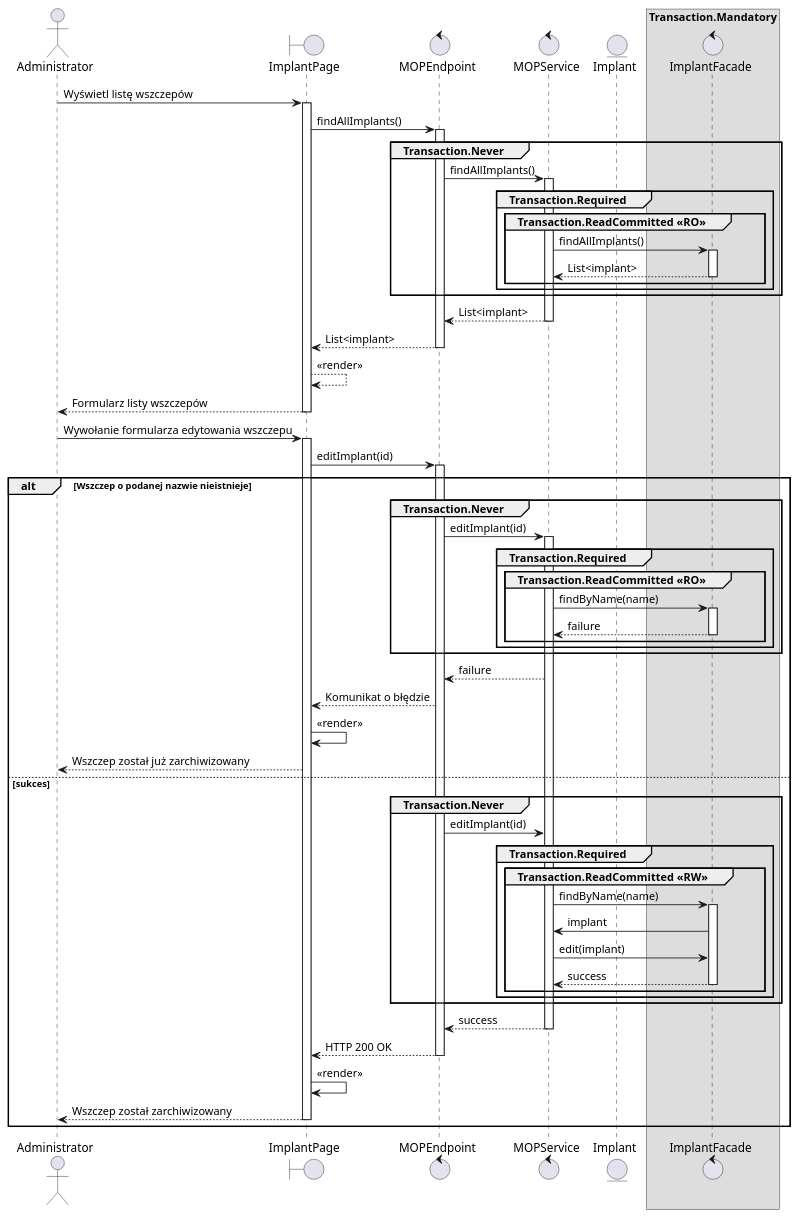
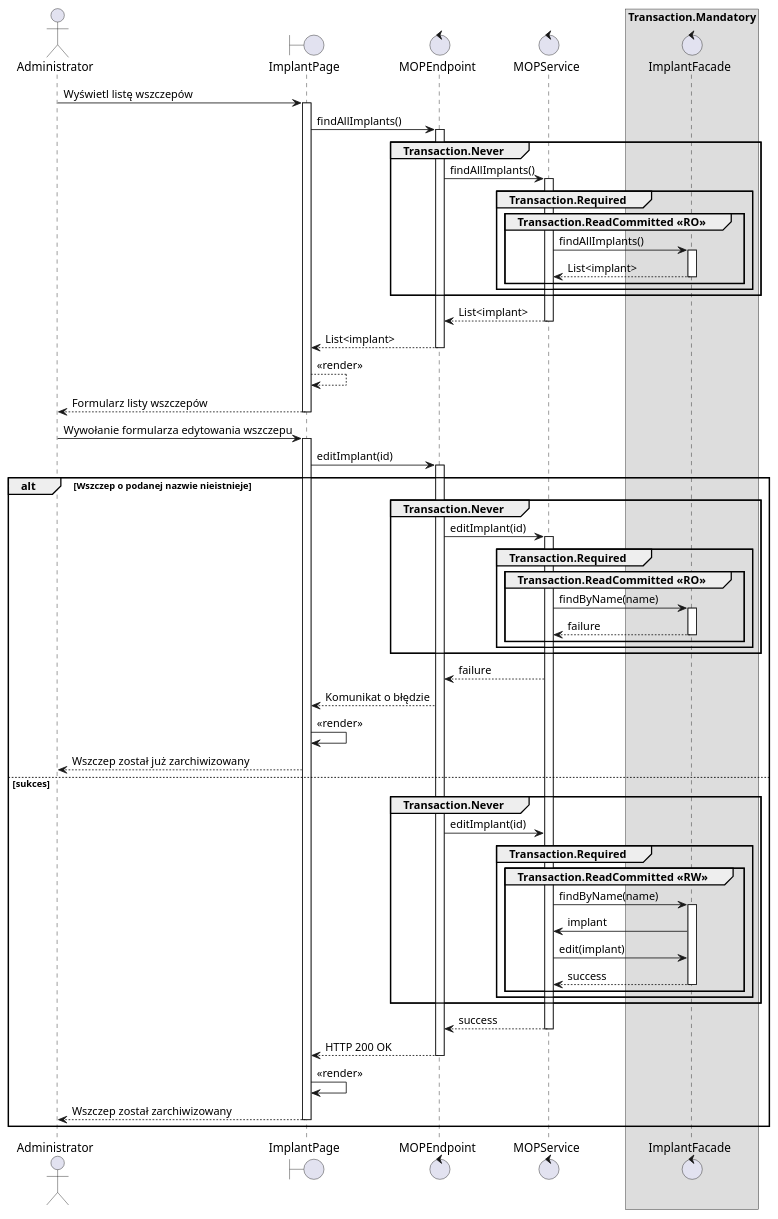
Before and after one commit to TheVivent-Politechnika-Lodzka/ssbd03_kic_uml: the diagram in src/rozdział 11/mop3.puml, drawn with PlantUML. The commit also changed 6 other files, not shown here.

```diff
--- a/src/rozdział 11/mop3.puml
+++ b/src/rozdział 11/mop3.puml
@@ -1,68 +1,67 @@
 @startuml MOP.3 - Edytuj wszczep
 
 actor Administrator as admin
 boundary ImplantPage as gui
 control MOPEndpoint as controller
 control MOPService as service
-entity Implant as implant
 control ImplantFacade as facade
 
 skinparam backgroundcolor transparent
 box Transaction.Mandatory 
     participant facade
 end box
 
 admin -> gui ++ : Wyświetl listę wszczepów
 gui -> controller ++ :  findAllImplants()
 group Transaction.Never
     controller -> service ++ : findAllImplants()
     group Transaction.Required
         group Transaction.ReadCommitted <<RO>>
             service -> facade ++ : findAllImplants()
             return List<implant>
         end
     end
 end
 return List<implant>
 return List<implant>
 gui --> gui : <<render>>
 return Formularz listy wszczepów
 
 admin -> gui ++ : Wywołanie formularza edytowania wszczepu
 gui -> controller ++ : editImplant(id)
 
 alt Wszczep o podanej nazwie nieistnieje
     group Transaction.Never
         controller -> service ++: editImplant(id)
         group Transaction.Required
             group Transaction.ReadCommitted <<RO>>
                 service -> facade ++ : findByName(name)
                 return failure
             end
         end  
     end
     service --> controller : failure
     controller --> gui : Komunikat o błędzie
     gui -> gui : <<render>>
     gui --> admin : Wszczep został już zarchiwizowany
 
 else  sukces
     group Transaction.Never
         controller -> service : editImplant(id)
         group Transaction.Required
             group Transaction.ReadCommitted <<RW>>
                 service -> facade ++ : findByName(name)
                 facade -> service : implant
                 service -> facade : edit(implant)
                 return success
             end
         end
     end
     return success
     return HTTP 200 OK
 gui -> gui : <<render>>
 return Wszczep został zarchiwizowany
 end
 
 
 @enduml
```
